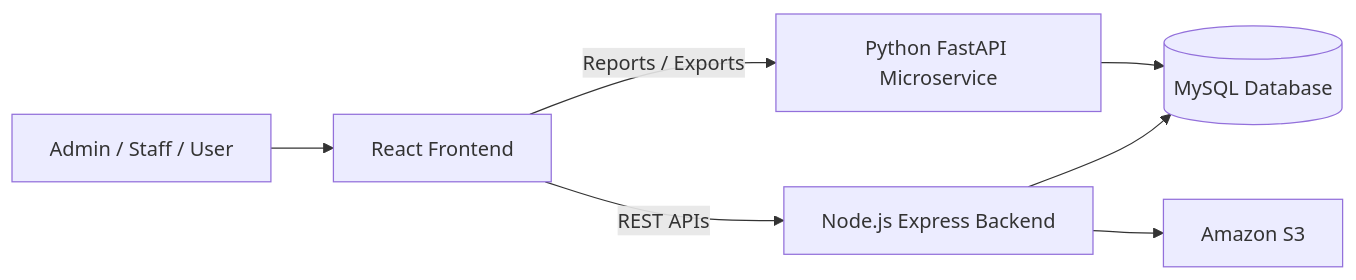
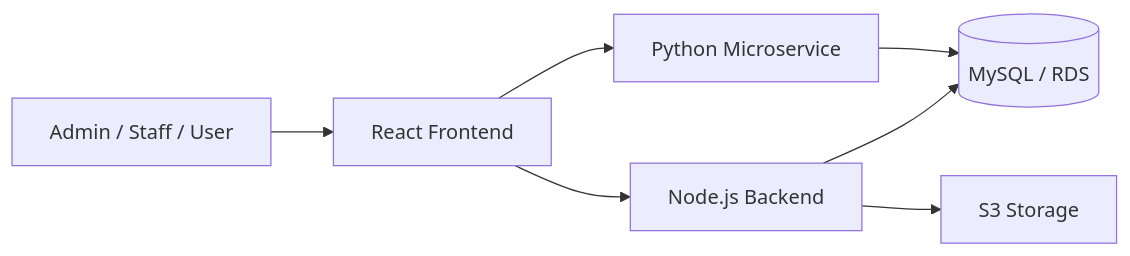
One commit to sbthakare/program changed the diagram in ppt.md. Above: the diagram before and after it, drawn with Mermaid. The commit also changed other lines of this file, not shown here.

````diff
--- a/ppt.md
+++ b/ppt.md
@@ -94,16 +39,16 @@
 ```mermaid
 flowchart LR
     U[Admin / Staff / User]
     F[React Frontend]
-    B[Node.js Express Backend]
-    M[Python FastAPI Microservice]
-    DB[(MySQL Database)]
-    S3[Amazon S3]
+    B[Node.js Backend]
+    M[Python Microservice]
+    DB[(MySQL / RDS)]
+    S3[S3 Storage]
 
     U --> F
-    F -->|REST APIs| B
-    F -->|Reports / Exports| M
+    F --> B
+    F --> M
     B --> DB
     M --> DB
     B --> S3
 ```
````
